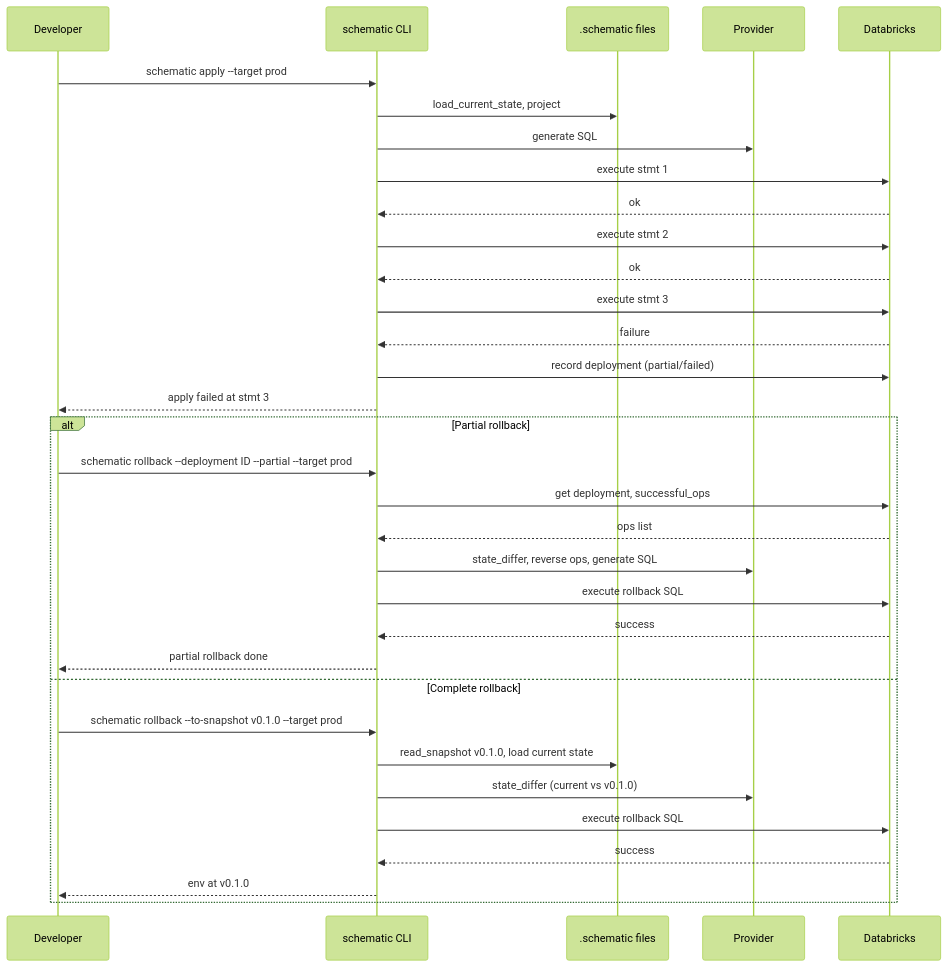
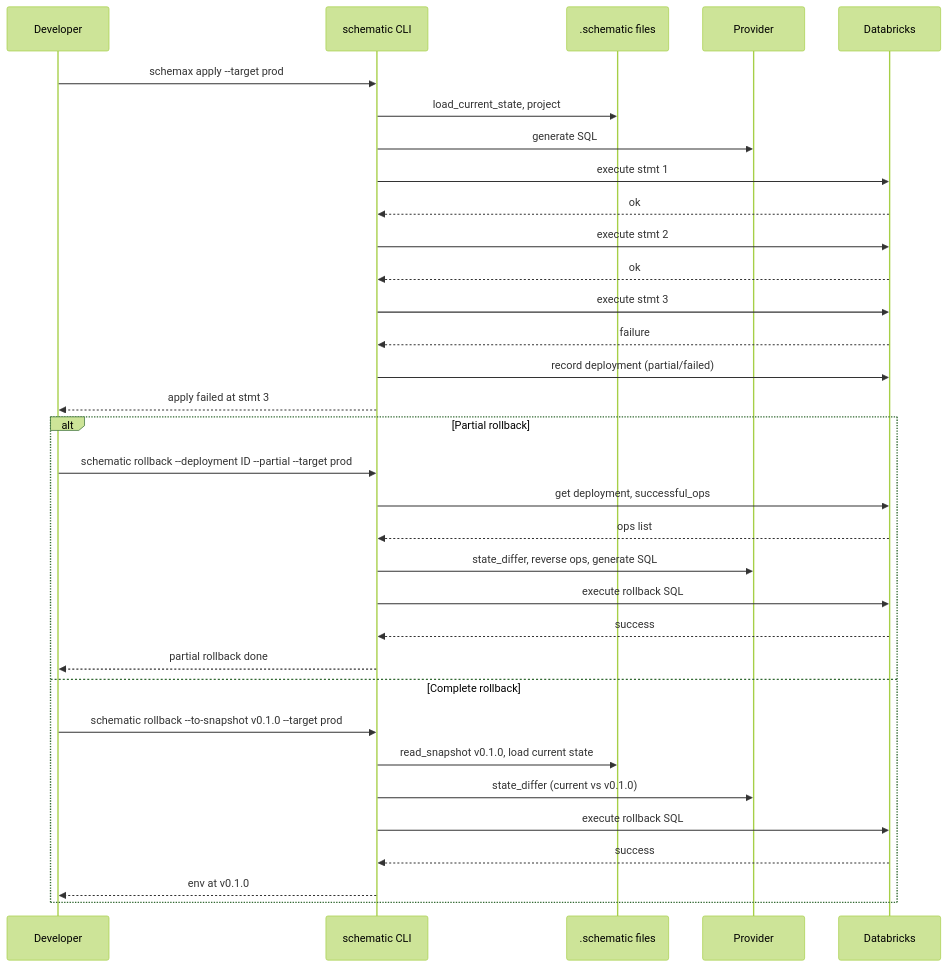
One commit to vb-dbrks/schemax changed the fourth of 6 diagrams in docs/WORKFLOWS.md. Above: the diagram before and after it, drawn with Mermaid (forest theme). The commit also changed other lines of this file and 204 other files, not shown here.

````diff
--- a/docs/WORKFLOWS.md
+++ b/docs/WORKFLOWS.md
@@ -231,37 +231,37 @@
 ```mermaid
 sequenceDiagram
   participant Dev as Developer
   participant CLI as schematic CLI
   participant Storage as .schematic files
   participant Provider as Provider
   participant DB as Databricks
 
-  Dev->>CLI: schematic apply --target prod
+  Dev->>CLI: schemax apply --target prod
   CLI->>Storage: load_current_state, project
   CLI->>Provider: generate SQL
   CLI->>DB: execute stmt 1
   DB-->>CLI: ok
   CLI->>DB: execute stmt 2
   DB-->>CLI: ok
   CLI->>DB: execute stmt 3
   DB-->>CLI: failure
   CLI->>DB: record deployment (partial/failed)
   CLI-->>Dev: apply failed at stmt 3
 
   alt Partial rollback
     Dev->>CLI: schematic rollback --deployment ID --partial --target prod
     CLI->>DB: get deployment, successful_ops
     DB-->>CLI: ops list
     CLI->>Provider: state_differ, reverse ops, generate SQL
     CLI->>DB: execute rollback SQL
     DB-->>CLI: success
     CLI-->>Dev: partial rollback done
   else Complete rollback
     Dev->>CLI: schematic rollback --to-snapshot v0.1.0 --target prod
     CLI->>Storage: read_snapshot v0.1.0, load current state
     CLI->>Provider: state_differ (current vs v0.1.0)
     CLI->>DB: execute rollback SQL
     DB-->>CLI: success
     CLI-->>Dev: env at v0.1.0
   end
 ```
````
